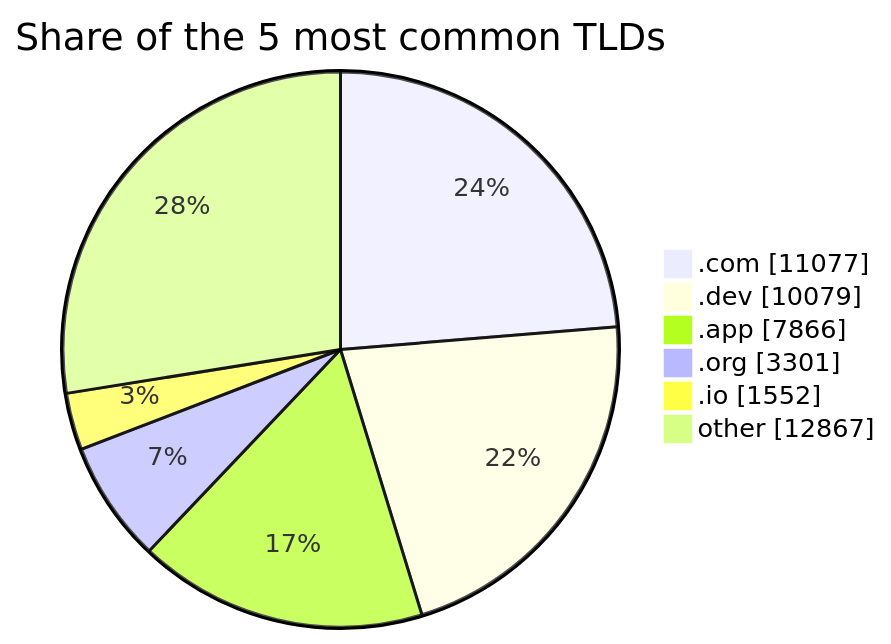
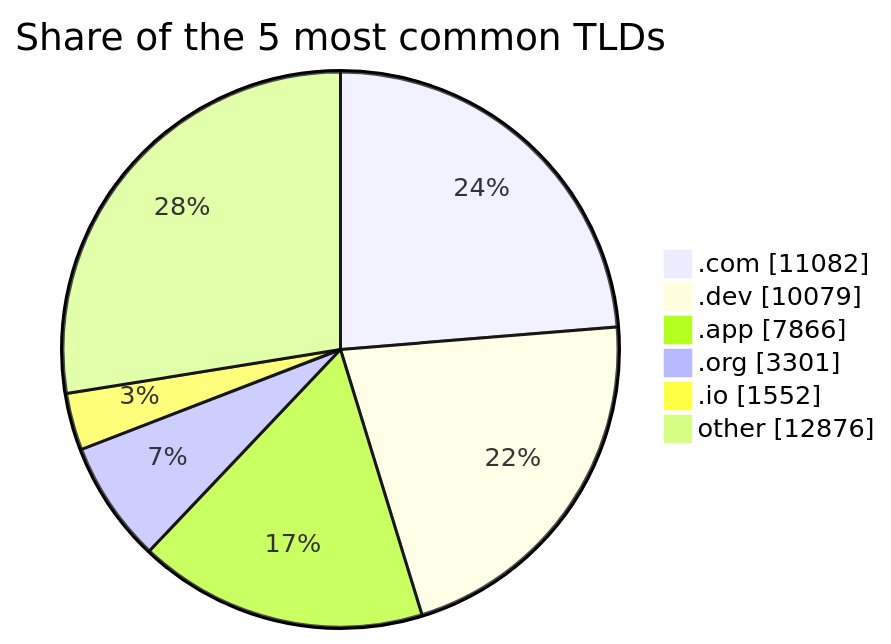
One commit to DNSBunker/CTI changed the third of 3 diagrams in README.md. Above: the diagram before and after it, drawn with Mermaid. The commit also changed other lines of this file and 3 other files, not shown here.

````diff
--- a/README.md
+++ b/README.md
@@ -81,9 +81,9 @@
 ```mermaid
 pie showData title Share of the 5 most common TLDs
-    ".com" : 11077
+    ".com" : 11082
     ".dev" : 10079
     ".app" : 7866
     ".org" : 3301
     ".io" : 1552
-    "other" : 12867
+    "other" : 12876
 ```
````
